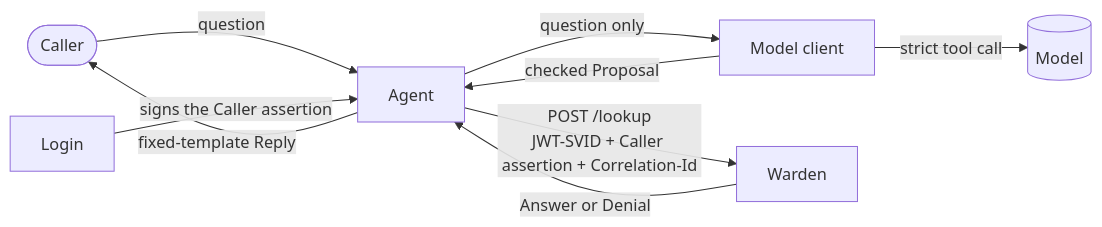
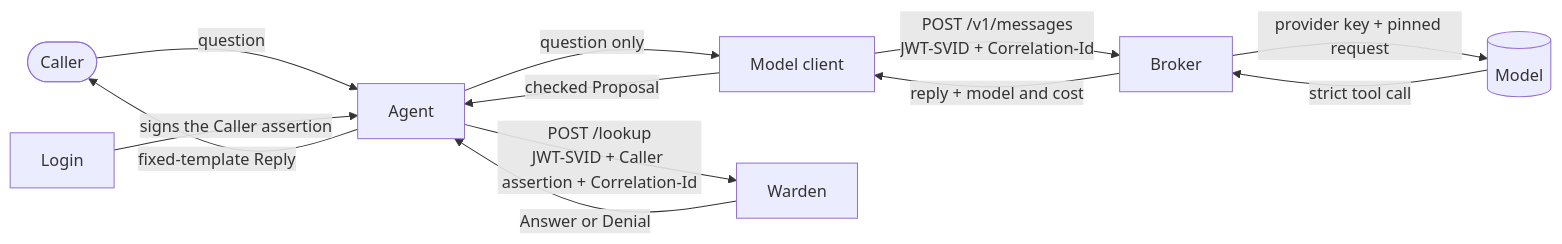
One commit to travism26/harness-lab changed the diagram in projects/agent-identity/README.md. Above: the diagram before and after it, drawn with Mermaid. The commit also changed other lines of this file and 16 other files, not shown here.

Commit message:
agent-identity: The live path goes through a Broker process and the demo holds no key (#90)

````diff
--- a/projects/agent-identity/README.md
+++ b/projects/agent-identity/README.md
@@ -32,11 +34,14 @@
 ```mermaid
 flowchart LR
     Caller([Caller]) -->|question| Agent
     Login[Login] -->|signs the Caller assertion| Agent
     Agent -->|question only| MC[Model client]
-    MC -->|strict tool call| Model[(Model)]
+    MC -->|"POST /v1/messages<br/>JWT-SVID + Correlation-Id"| Broker
+    Broker -->|"provider key + pinned request"| Model[(Model)]
+    Model -->|strict tool call| Broker
+    Broker -->|reply + model and cost| MC
     MC -->|checked Proposal| Agent
     Agent -->|"POST /lookup<br/>JWT-SVID + Caller assertion + Correlation-Id"| Warden
     Warden -->|Answer or Denial| Agent
     Agent -->|fixed-template Reply| Caller
 ```
````
